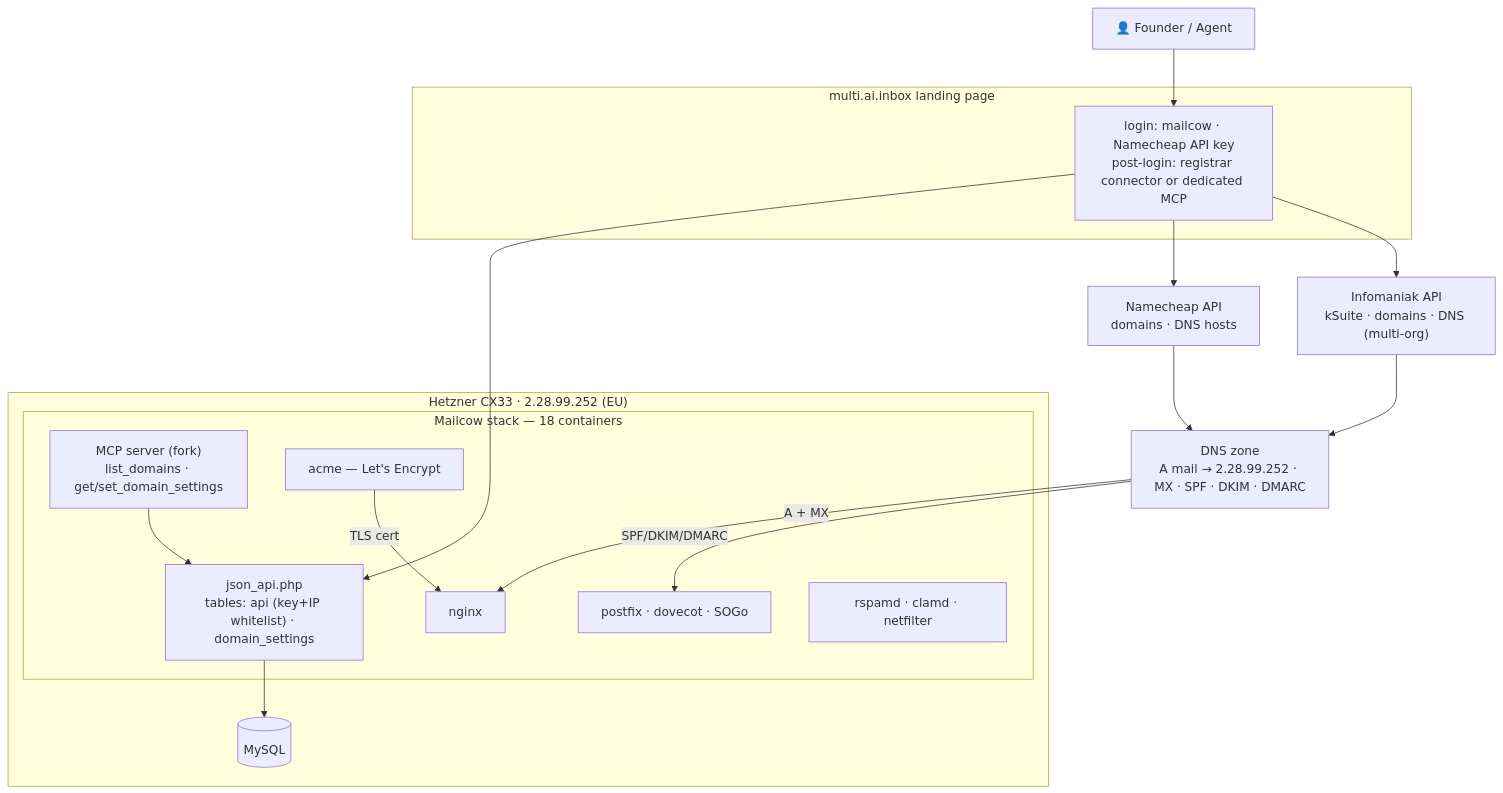
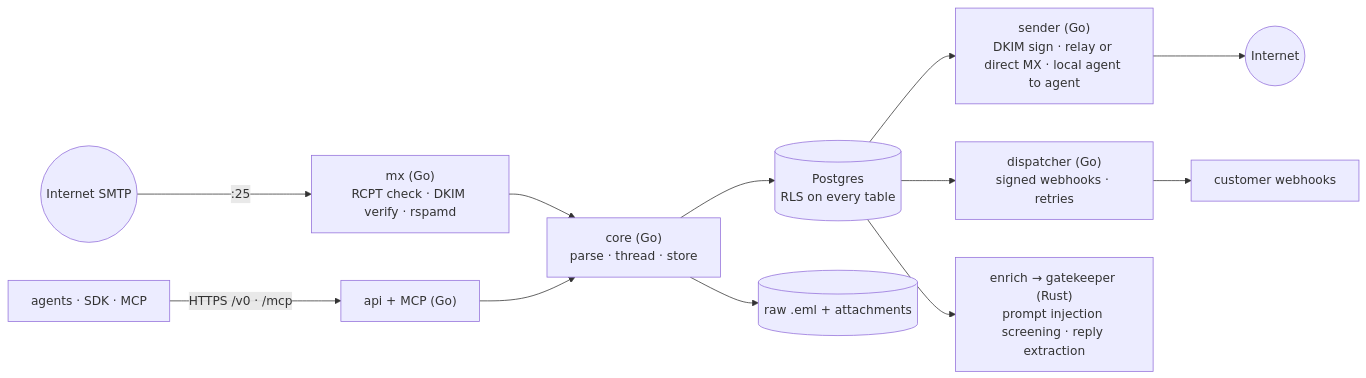
Before and after one commit to bertodrew/multi.ai.inbox: the diagram in README.md, drawn with Mermaid. The commit also changed other lines of this file and 2 other files, not shown here.

````diff
--- a/README.md
+++ b/README.md
@@ -69,36 +11,13 @@
 ```mermaid
-flowchart TB
-    User["👤 Founder / Agent"]
-
-    subgraph LANDING["multi.ai.inbox landing page"]
-        L["login: mailcow · Namecheap API key<br/>post-login: registrar connector or dedicated MCP"]
-    end
-
-    subgraph HETZNER["Hetzner CX33 · 2.28.99.252 (EU)"]
-        subgraph STACK["Mailcow stack — 18 containers"]
-            NGINX["nginx"]
-            MCP["MCP server (fork)<br/>list_domains · get/set_domain_settings"]
-            API["json_api.php<br/>tables: api (key+IP whitelist) · domain_settings"]
-            MAIL["postfix · dovecot · SOGo"]
-            SEC["rspamd · clamd · netfilter"]
-            ACME["acme — Let's Encrypt"]
-        end
-        DB[("MySQL")]
-    end
-
-    NC["Namecheap API<br/>domains · DNS hosts"]
-    INF["Infomaniak API<br/>kSuite · domains · DNS (multi-org)"]
-    DNS["DNS zone<br/>A mail → 2.28.99.252 · MX · SPF · DKIM · DMARC"]
-
-    User --> L
-    L --> API
-    MCP --> API
-    API --> DB
-    L --> NC
-    L --> INF
-    NC --> DNS
-    INF --> DNS
-    DNS -- "A + MX" --> NGINX
-    ACME -- "TLS cert" --> NGINX
-    DNS -- "SPF/DKIM/DMARC" --> MAIL
+flowchart LR
+    Internet((Internet SMTP)) -->|":25"| MX["mx (Go)<br/>RCPT check · DKIM verify · rspamd"]
+    MX --> CORE["core (Go)<br/>parse · thread · store"]
+    Agents["agents · SDK · MCP"] -->|"HTTPS /v0 · /mcp"| API["api + MCP (Go)"] --> CORE
+    CORE --> PG[("Postgres<br/>RLS on every table")]
+    CORE --> BLOB[("raw .eml + attachments")]
+    PG --> SND["sender (Go)<br/>DKIM sign · relay or direct MX · local agent to agent"]
+    PG --> DSP["dispatcher (Go)<br/>signed webhooks · retries"]
+    PG --> ENR["enrich → gatekeeper (Rust)<br/>prompt injection screening · reply extraction"]
+    SND --> Out((Internet))
+    DSP --> Hooks["customer webhooks"]
 ```
````
